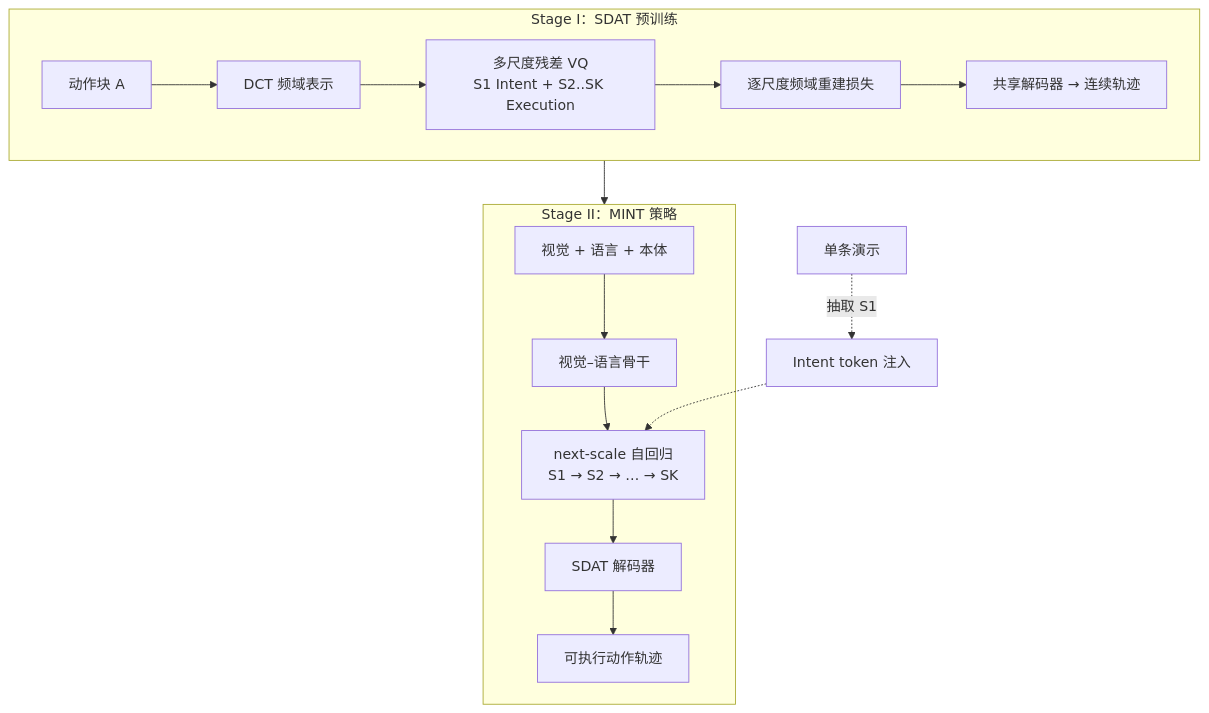
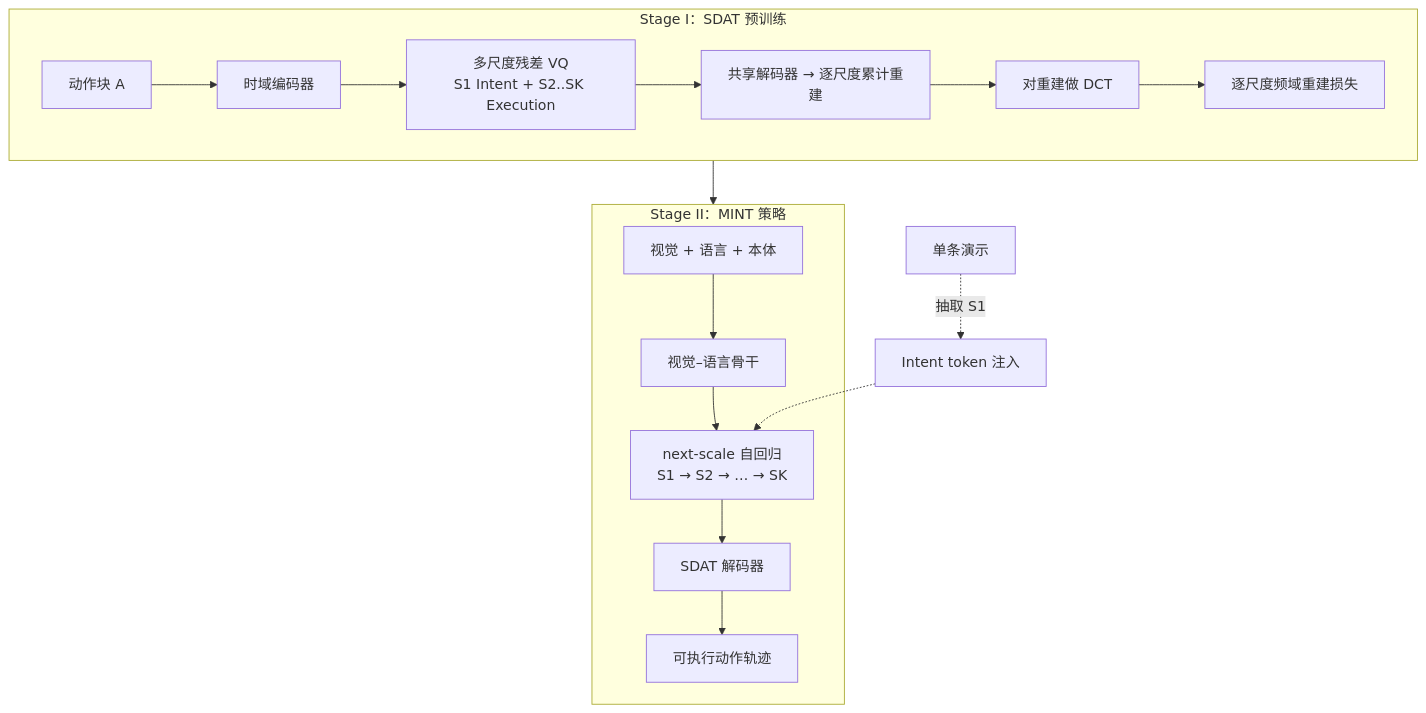
Before and after one commit to ImChong/Robotics_Notebooks: the diagram in wiki/entities/paper-mint-vla.md, drawn with Mermaid. The commit also changed other lines of this file and 64 other files, not shown here.

````diff
--- a/wiki/entities/paper-mint-vla.md
+++ b/wiki/entities/paper-mint-vla.md
@@ -61,20 +61,21 @@
 ```mermaid
 flowchart TB
   subgraph sdat["Stage I：SDAT 预训练"]
     chunk[动作块 A]
-  chunk --> dct[DCT 频域表示]
-  dct --> msrq[多尺度残差 VQ<br/>S1 Intent + S2..SK Execution]
-  msrq --> lfreq[逐尺度频域重建损失]
-  lfreq --> dec[共享解码器 → 连续轨迹]
+  chunk --> enc[时域编码器]
+  enc --> msrq[多尺度残差 VQ<br/>S1 Intent + S2..SK Execution]
+  msrq --> dec[共享解码器 → 逐尺度累计重建]
+  dec --> dct[对重建做 DCT]
+  dct --> lfreq[逐尺度频域重建损失]
   end
   subgraph mint["Stage II：MINT 策略"]
     obs[视觉 + 语言 + 本体]
     obs --> vlm[视觉–语言骨干]
     vlm --> ar[next-scale 自回归<br/>S1 → S2 → … → SK]
     ar --> dec2[SDAT 解码器]
     dec2 --> act[可执行动作轨迹]
   end
   sdat --> mint
   demo[单条演示] -.->|抽取 S1| inject[Intent token 注入]
   inject -.-> ar
 ```
````
